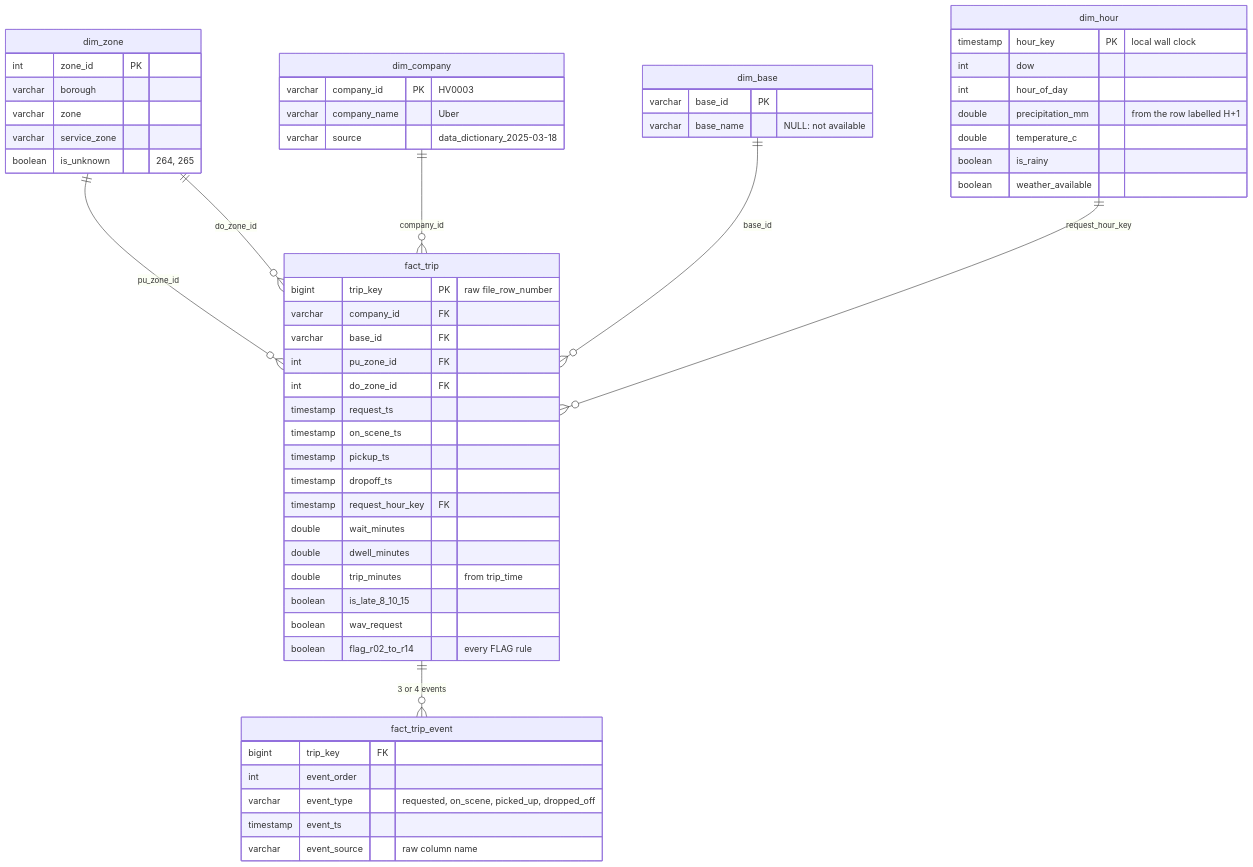
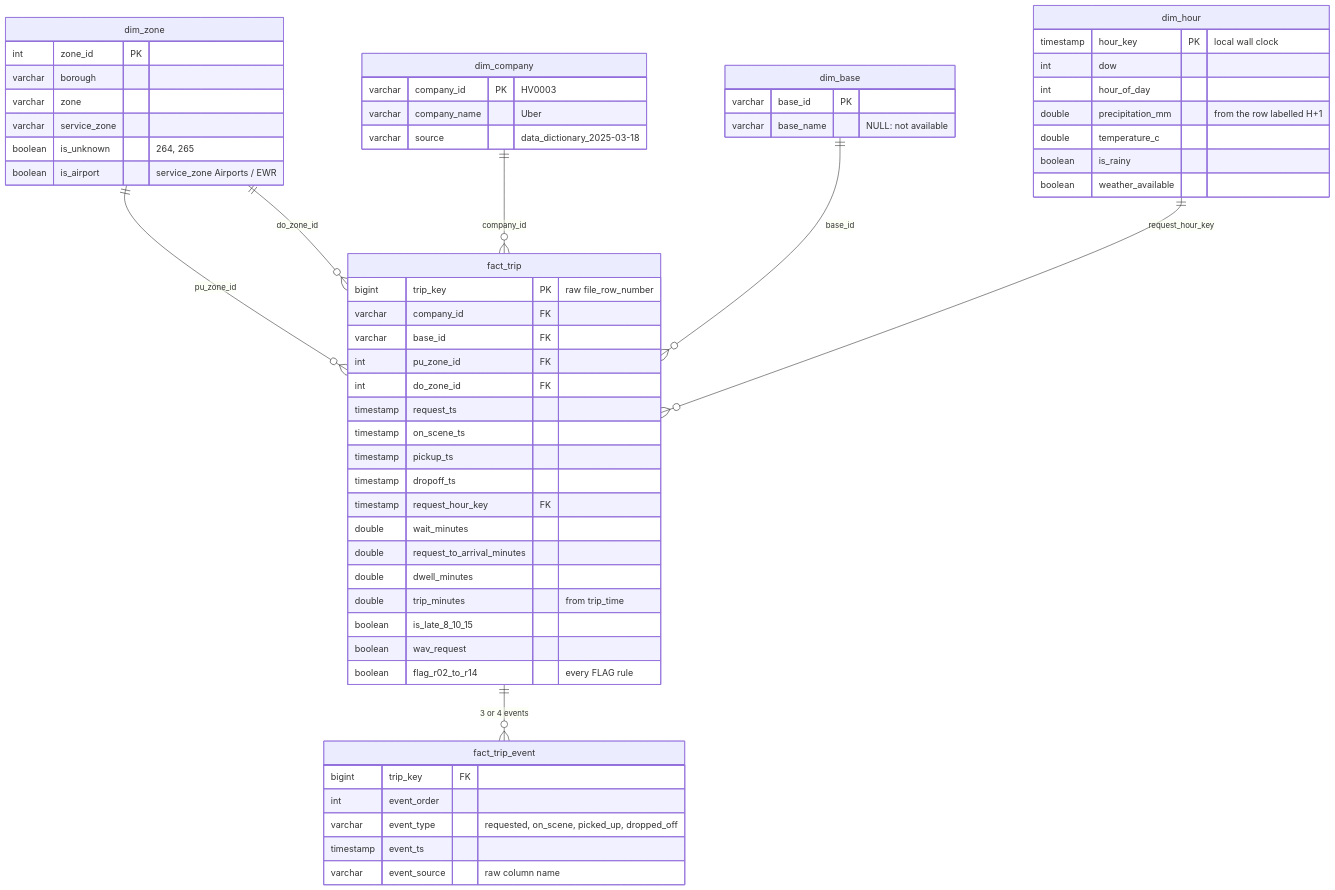
Before and after one commit to u7k4rs6/Late_Pickup_Radar: the diagram in docs/erd.mmd, drawn with Mermaid. The commit also changed 11 other files, not shown here.

Commit message:
phase 8: demo targets, show rule/top-cells/metrics, evidence.html, compact console summary; phase 7: diagrams rendered to PNG with mermaid-cli

```diff
--- a/docs/erd.mmd
+++ b/docs/erd.mmd
@@ -1,59 +1,61 @@
 %% Late Pickup Radar: star schema `model` in DuckDB (built by pipeline/sql/06_model.sql)
 erDiagram
     fact_trip ||--o{ fact_trip_event : "3 or 4 events"
     dim_zone ||--o{ fact_trip : "pu_zone_id"
     dim_zone ||--o{ fact_trip : "do_zone_id"
     dim_company ||--o{ fact_trip : "company_id"
     dim_base ||--o{ fact_trip : "base_id"
     dim_hour ||--o{ fact_trip : "request_hour_key"
 
     fact_trip {
         bigint trip_key PK "raw file_row_number"
         varchar company_id FK
         varchar base_id FK
         int pu_zone_id FK
         int do_zone_id FK
         timestamp request_ts
         timestamp on_scene_ts
         timestamp pickup_ts
         timestamp dropoff_ts
         timestamp request_hour_key FK
         double wait_minutes
+        double request_to_arrival_minutes
         double dwell_minutes
         double trip_minutes "from trip_time"
         boolean is_late_8_10_15
         boolean wav_request
         boolean flag_r02_to_r14 "every FLAG rule"
     }
     fact_trip_event {
         bigint trip_key FK
         int event_order
         varchar event_type "requested, on_scene, picked_up, dropped_off"
         timestamp event_ts
         varchar event_source "raw column name"
     }
     dim_zone {
         int zone_id PK
         varchar borough
         varchar zone
         varchar service_zone
         boolean is_unknown "264, 265"
+        boolean is_airport "service_zone Airports / EWR"
     }
     dim_company {
         varchar company_id PK "HV0003"
         varchar company_name "Uber"
         varchar source "data_dictionary_2025-03-18"
     }
     dim_base {
         varchar base_id PK
         varchar base_name "NULL: not available"
     }
     dim_hour {
         timestamp hour_key PK "local wall clock"
         int dow
         int hour_of_day
         double precipitation_mm "from the row labelled H+1"
         double temperature_c
         boolean is_rainy
         boolean weather_available
     }
```
